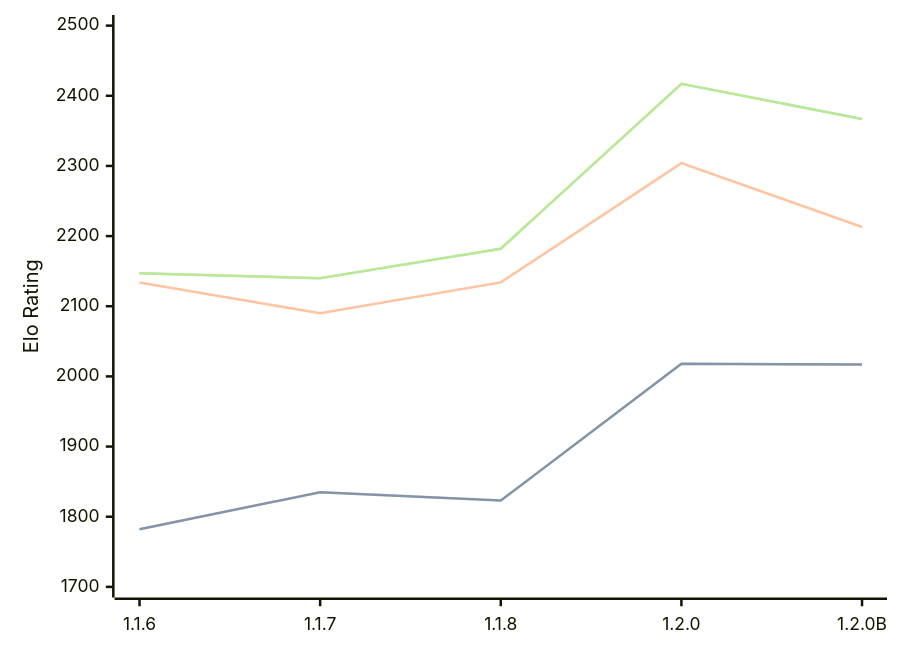
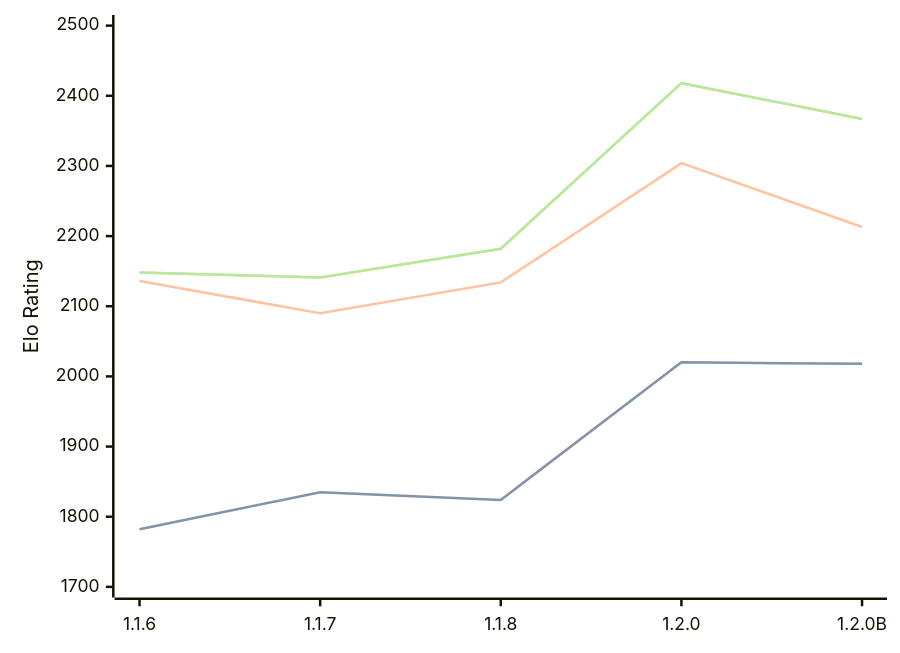
The diagram in engines/Soomi.md (computer-chess-index/cci), drawn with Mermaid before and after one commit. The commit also changed other lines of this file, not shown here.

Commit message:
Update CCI Ratings (ELO VLTC) - 2026-07-23

````diff
--- a/engines/Soomi.md
+++ b/engines/Soomi.md
@@ -35,11 +35,11 @@
 ```mermaid
 %%{init: {"theme":"base","themeVariables":{"seriesColors:['#a3a3a3','#222221','#faa371']}}}%%
 xychart-beta
   x-axis ["1.1.6", "1.1.7", "1.1.8", "1.2.0", "1.2.0B"]
   y-axis "Elo Rating" 1700 --> 2500
-  line "STC (8.0+0.08s)" [1782, 1835, 1823, 2018, 2017]
-  line "STC (8.0+0.08s)" [1782, 1835, 1823, 2018, 2017]
-  line "LTC (60.0+0.60s)" [2134, 2090, 2134, 2304, 2213]
-  line "VLTC (2m24s+1.12s)" [2147, 2140, 2182, 2417, 2367]
-  line "VLTC (2m24s+1.12s)" [2147, 2140, 2182, 2417, 2367]
+  line "STC (8.0+0.08s)" [1782, 1835, 1824, 2020, 2018]
+  line "STC (8.0+0.08s)" [1782, 1835, 1824, 2020, 2018]
+  line "LTC (60.0+0.60s)" [2136, 2090, 2134, 2304, 2213]
+  line "VLTC (2m24s+1.12s)" [2148, 2141, 2182, 2418, 2367]
+  line "VLTC (2m24s+1.12s)" [2148, 2141, 2182, 2418, 2367]
 ```
````
